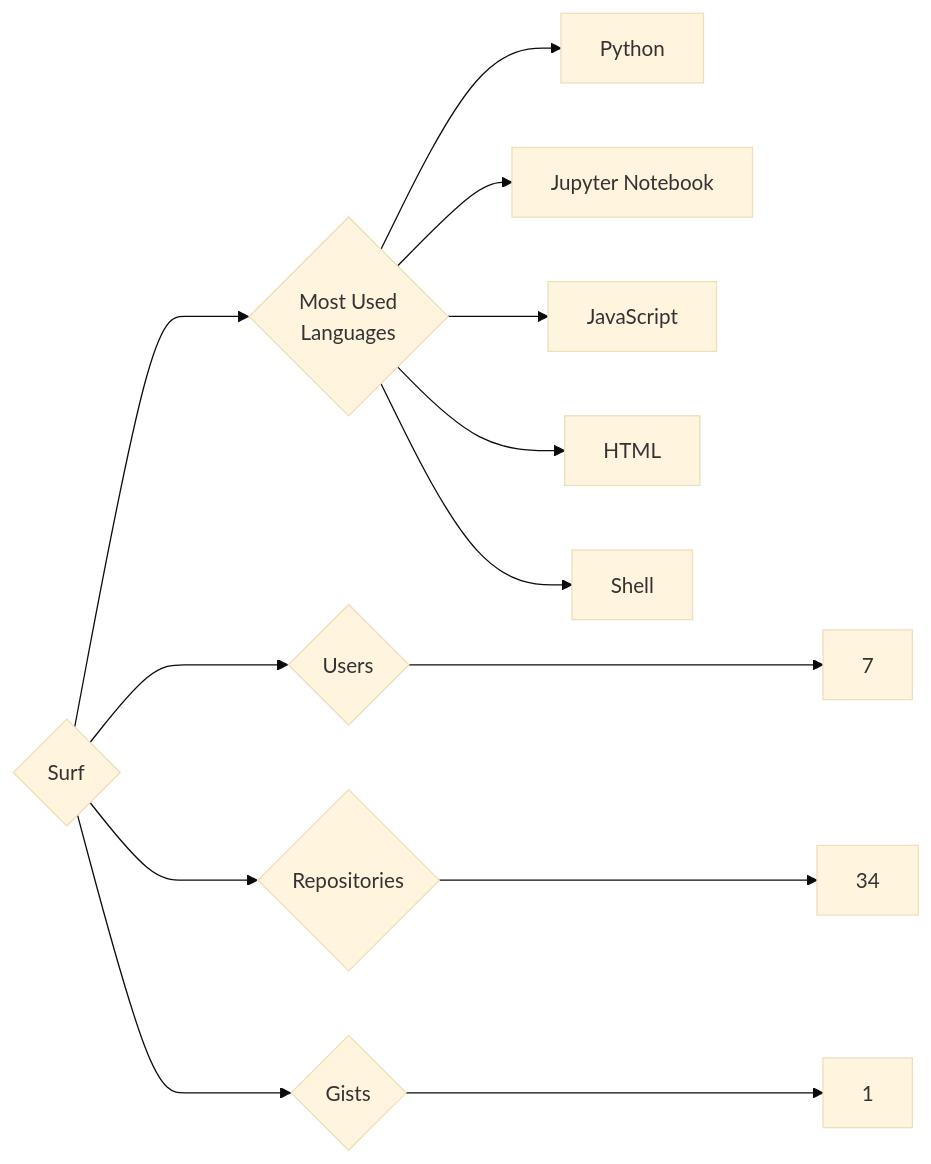
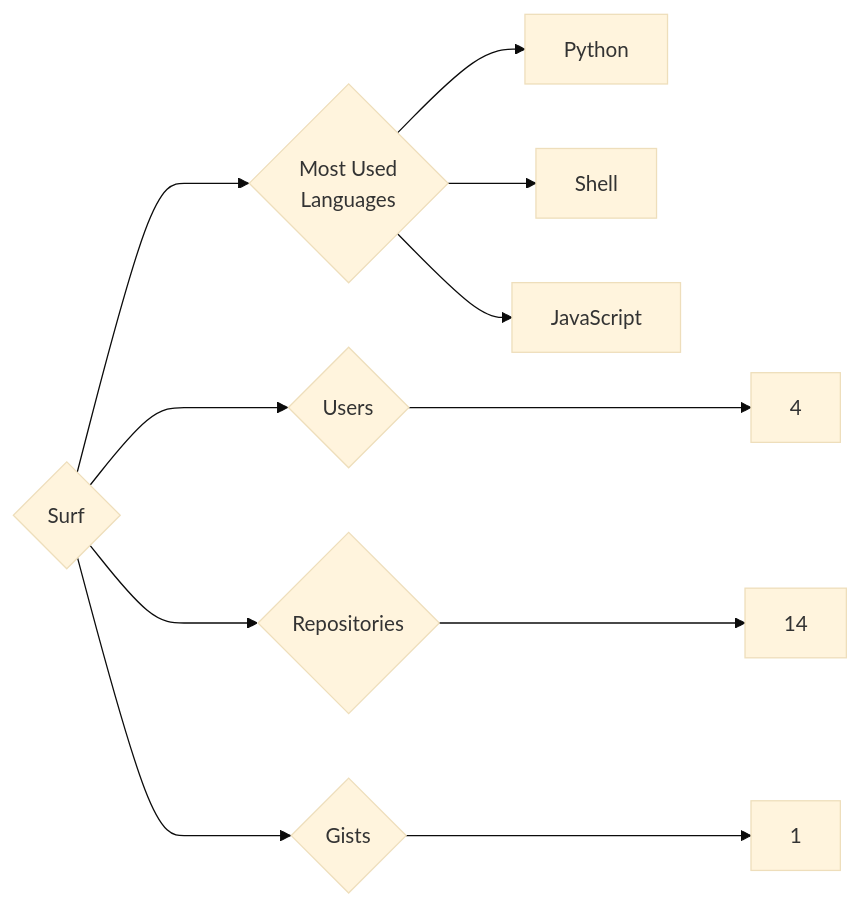
One commit to trickest/insiders changed the diagram in targets/Surf/README.md. Above: the diagram before and after it, drawn with Mermaid (base theme). The commit also changed 728 other files, not shown here.

````diff
--- a/targets/Surf/README.md
+++ b/targets/Surf/README.md
@@ -3,13 +3,11 @@
 ```mermaid
 graph LR
 COMPANY_NAME{Surf}
-COMPANY_NAME ---> U{Users} ---> UN[7]
-COMPANY_NAME ---> R{Repositories} ---> RN[34]
+COMPANY_NAME ---> U{Users} ---> UN[4]
+COMPANY_NAME ---> R{Repositories} ---> RN[14]
 COMPANY_NAME ---> G{Gists} ---> GN[1]
 COMPANY_NAME ---> ML{Most Used<br>Languages}
 ML --> Python[Python]
-ML --> Jupyter_Notebook[Jupyter Notebook]
+ML --> Shell[Shell]
 ML --> JavaScript[JavaScript]
-ML --> HTML[HTML]
-ML --> Shell[Shell]
 ```
````
